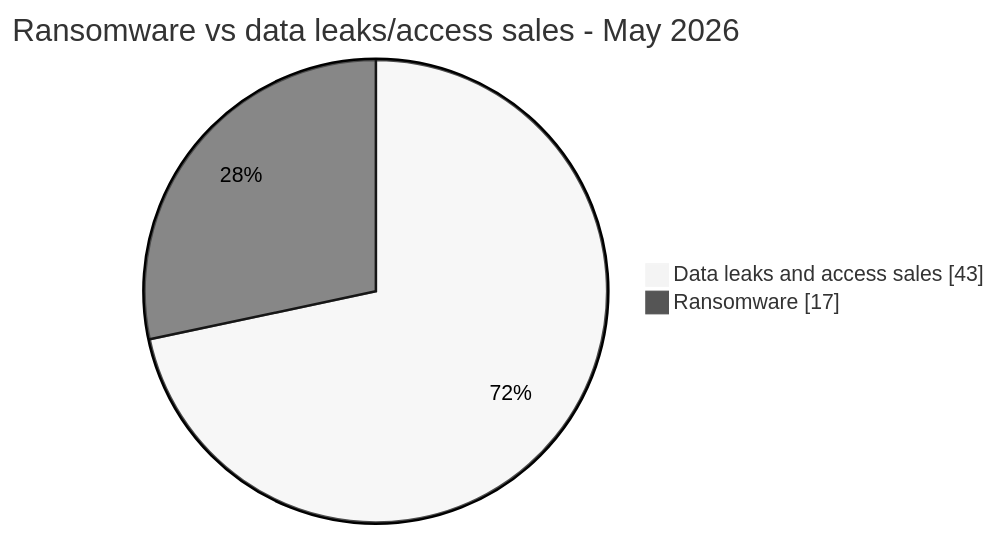
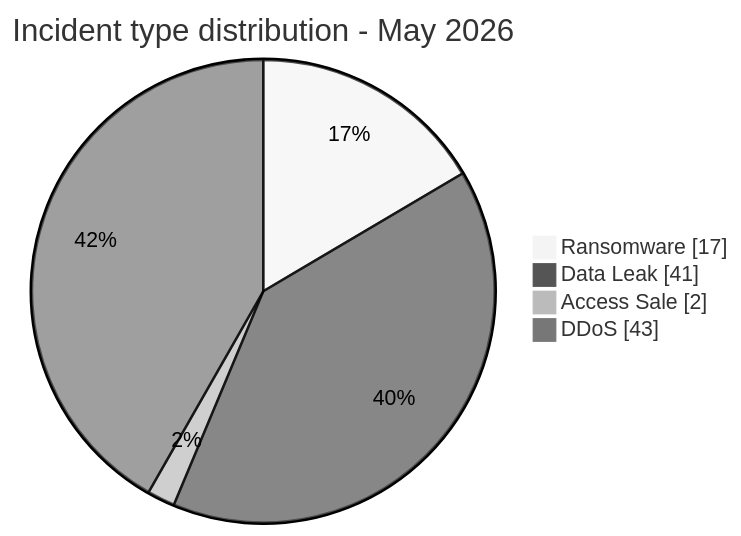
Before and after one commit to Hatchepsoute/AFRINTEL: the fourth of 9 diagrams in CyberAttackAfrica/2026/05-may/README.md, drawn with Mermaid (neutral theme). The commit also changed other lines of this file and 45 other files, not shown here.

````diff
--- a/CyberAttackAfrica/2026/05-may/README.md
+++ b/CyberAttackAfrica/2026/05-may/README.md
@@ -150,6 +202,8 @@
 ```mermaid
 pie showData
- title Ransomware vs data leaks/access sales - May 2026
- "Data leaks and access sales" : 43
+ title Incident type distribution - May 2026
  "Ransomware" : 17
+ "Data Leak" : 41
+ "Access Sale" : 2
+ "DDoS" : 43
 ```
````
